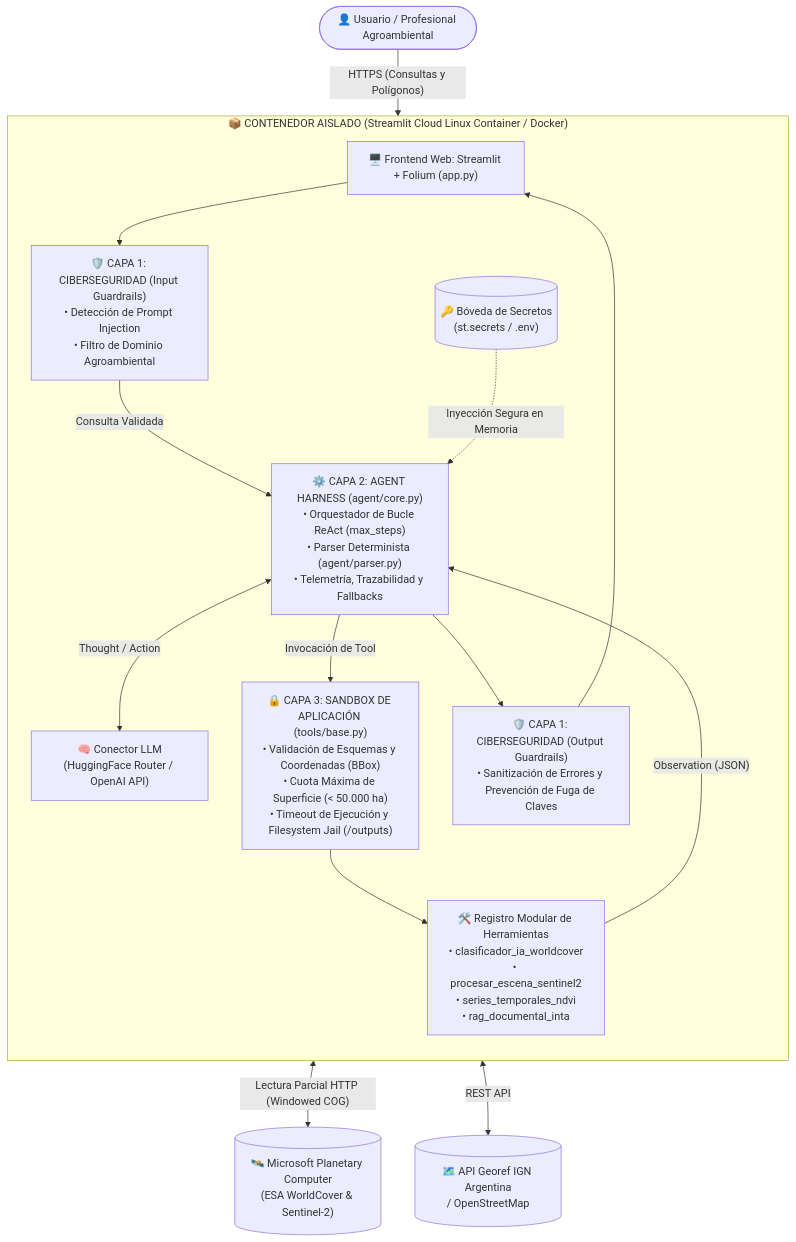
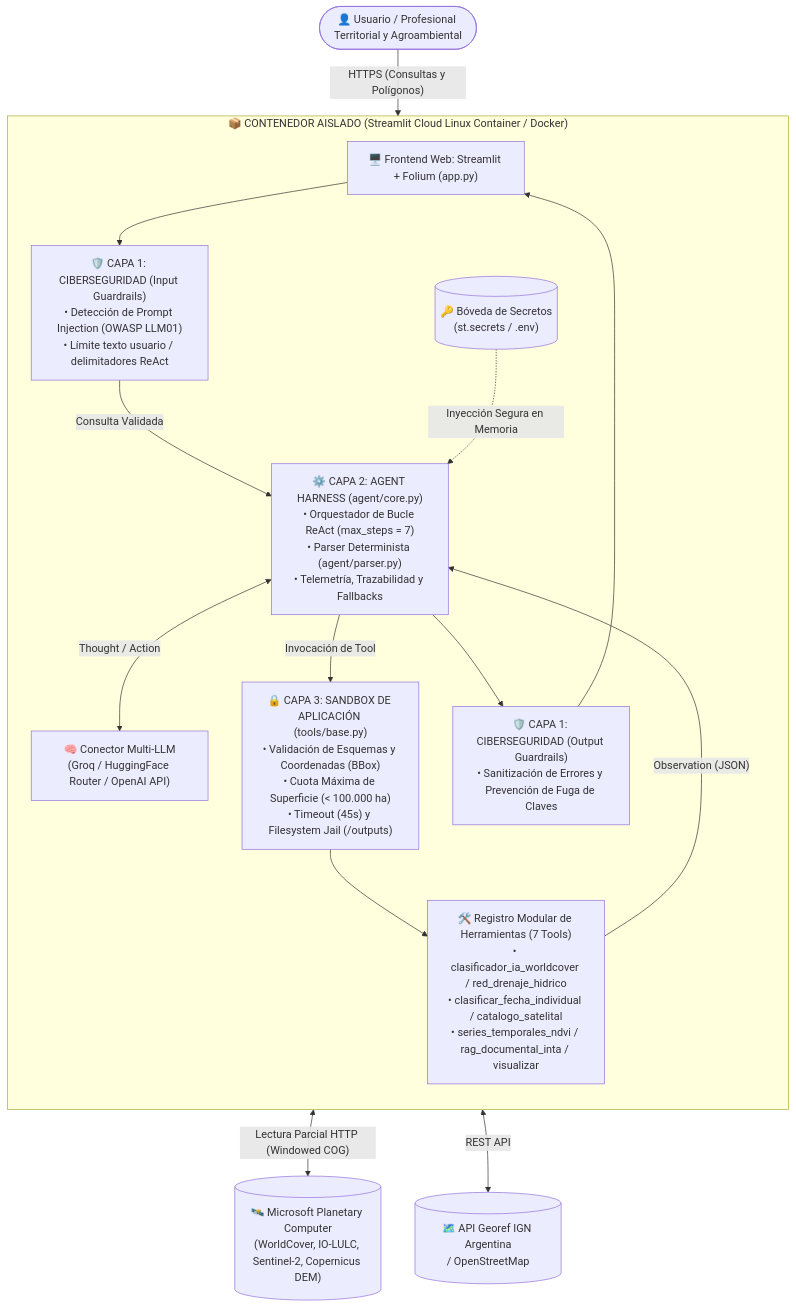
Before and after one commit to intacalculemus/AG_TFI_diplo: the diagram in INFORME_ARQUITECTONICO_TFI.md, drawn with Mermaid. The commit also changed other lines of this file and 5 other files, not shown here.

````diff
--- a/INFORME_ARQUITECTONICO_TFI.md
+++ b/INFORME_ARQUITECTONICO_TFI.md
@@ -30,27 +30,27 @@
 ```mermaid
 flowchart TD
-    User(["👤 Usuario / Profesional Agroambiental"]) -->|"HTTPS (Consultas y Polígonos)"| UI["🖥️ Frontend Web: Streamlit + Folium (app.py)"]
+    User(["👤 Usuario / Profesional Territorial y Agroambiental"]) -->|"HTTPS (Consultas y Polígonos)"| UI["🖥️ Frontend Web: Streamlit + Folium (app.py)"]
 
     subgraph CloudContainer["📦 CONTENEDOR AISLADO (Streamlit Cloud Linux Container / Docker)"]
         direction TB
         Secrets[("🔑 Bóveda de Secretos\n(st.secrets / .env)")]
-        UI --> InputGuard["🛡️ CAPA 1: CIBERSEGURIDAD (Input Guardrails)\n• Detección de Prompt Injection\n• Filtro de Dominio Agroambiental"]
+        UI --> InputGuard["🛡️ CAPA 1: CIBERSEGURIDAD (Input Guardrails)\n• Detección de Prompt Injection (OWASP LLM01)\n• Límite texto usuario / delimitadores ReAct"]
         
-        InputGuard -->|"Consulta Validada"| Harness["⚙️ CAPA 2: AGENT HARNESS (agent/core.py)\n• Orquestador de Bucle ReAct (max_steps)\n• Parser Determinista (agent/parser.py)\n• Telemetría, Trazabilidad y Fallbacks"]
+        InputGuard -->|"Consulta Validada"| Harness["⚙️ CAPA 2: AGENT HARNESS (agent/core.py)\n• Orquestador de Bucle ReAct (max_steps = 7)\n• Parser Determinista (agent/parser.py)\n• Telemetría, Trazabilidad y Fallbacks"]
         
         Secrets -.->|"Inyección Segura en Memoria"| Harness
         
-        Harness <-->|"Thought / Action"| LLM_Client["🧠 Conector LLM\n(HuggingFace Router / OpenAI API)"]
+        Harness <-->|"Thought / Action"| LLM_Client["🧠 Conector Multi-LLM\n(Groq / HuggingFace Router / OpenAI API)"]
         
-        Harness -->|"Invocación de Tool"| AppSandbox["🔒 CAPA 3: SANDBOX DE APLICACIÓN (tools/base.py)\n• Validación de Esquemas y Coordenadas (BBox)\n• Cuota Máxima de Superficie (< 50.000 ha)\n• Timeout de Ejecución y Filesystem Jail (/outputs)"]
+        Harness -->|"Invocación de Tool"| AppSandbox["🔒 CAPA 3: SANDBOX DE APLICACIÓN (tools/base.py)\n• Validación de Esquemas y Coordenadas (BBox)\n• Cuota Máxima de Superficie (< 100.000 ha)\n• Timeout (45s) y Filesystem Jail (/outputs)"]
         
-        AppSandbox --> Tools["🛠️ Registro Modular de Herramientas\n• clasificador_ia_worldcover\n• procesar_escena_sentinel2\n• series_temporales_ndvi\n• rag_documental_inta"]
+        AppSandbox --> Tools["🛠️ Registro Modular de Herramientas (7 Tools)\n• clasificador_ia_worldcover / red_drenaje_hidrico\n• clasificar_fecha_individual / catalogo_satelital\n• series_temporales_ndvi / rag_documental_inta / visualizar"]
         
         Tools -->|"Observation (JSON)"| Harness
         Harness --> OutputGuard["🛡️ CAPA 1: CIBERSEGURIDAD (Output Guardrails)\n• Sanitización de Errores y Prevención de Fuga de Claves"]
         OutputGuard --> UI
     end
 
-    Tools <-->|"Lectura Parcial HTTP (Windowed COG)"| STAC[("🛰️ Microsoft Planetary Computer\n(ESA WorldCover & Sentinel-2)")]
+    Tools <-->|"Lectura Parcial HTTP (Windowed COG)"| STAC[("🛰️ Microsoft Planetary Computer\n(WorldCover, IO-LULC, Sentinel-2, Copernicus DEM)")]
     Tools <-->|"REST API"| Georef[("🗺️ API Georef IGN Argentina\n/ OpenStreetMap")]
 ```
````
